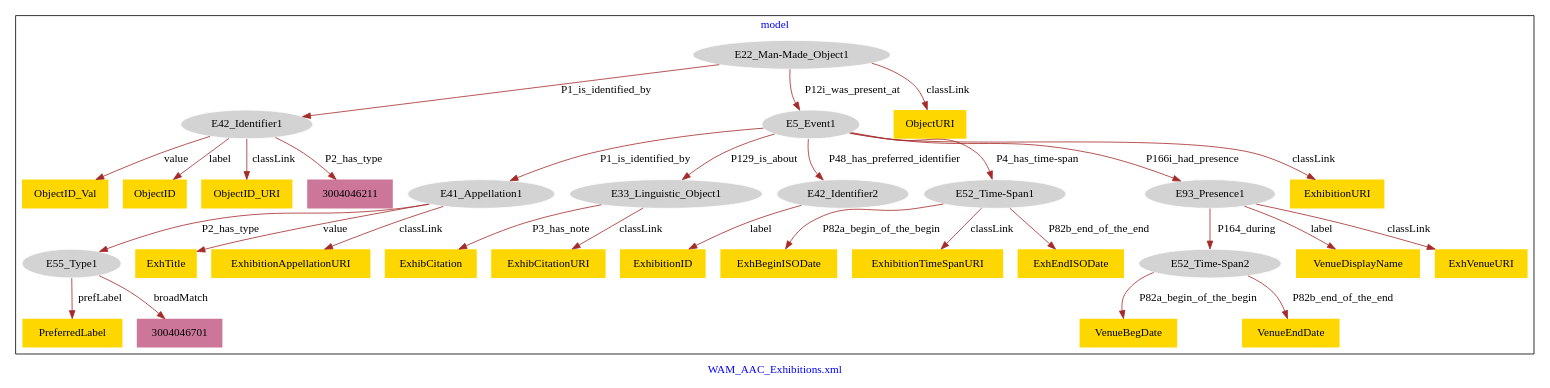
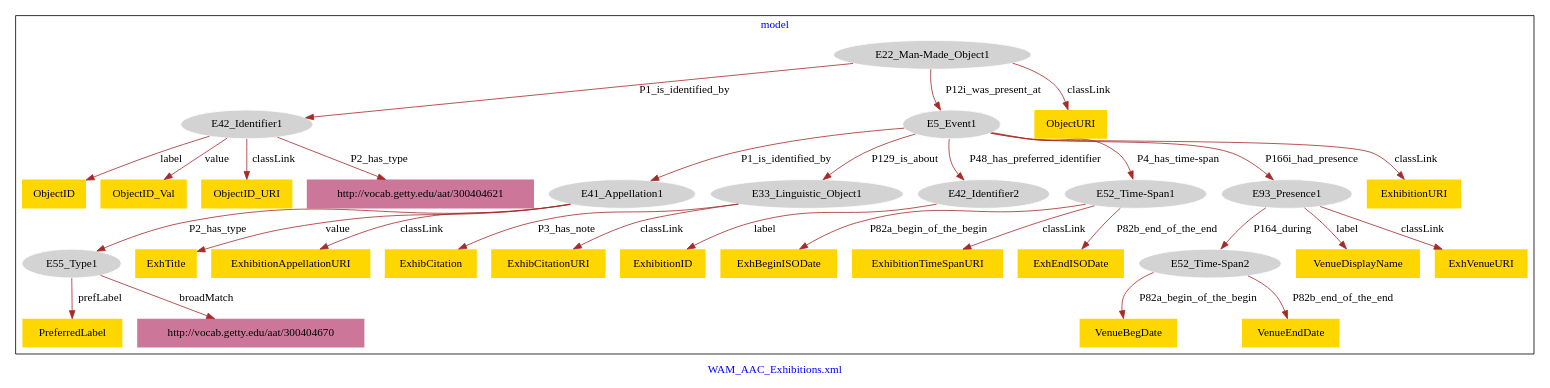
Before and after one commit to american-art/wam: the diagram in WAM_AAC_Exhibitions/WAM_AAC_Exhibitions-model.dot, drawn with Graphviz.

Commit message:
Update file WAM_AAC_Exhibitions-model.dot

```diff
--- a/WAM_AAC_Exhibitions/WAM_AAC_Exhibitions-model.dot
+++ b/WAM_AAC_Exhibitions/WAM_AAC_Exhibitions-model.dot
@@ -1,67 +1,67 @@
 digraph n0 {
 fontcolor="blue"
 remincross="true"
 label="WAM_AAC_Exhibitions.xml"
 subgraph cluster {
 label="model"
 n2[style="filled",color="white",fillcolor="lightgray",label="E22_Man-Made_Object1"];
 n3[style="filled",color="white",fillcolor="lightgray",label="E42_Identifier1"];
 n4[style="filled",color="white",fillcolor="lightgray",label="E5_Event1"];
 n5[style="filled",color="white",fillcolor="lightgray",label="E41_Appellation1"];
 n6[style="filled",color="white",fillcolor="lightgray",label="E55_Type1"];
 n7[style="filled",color="white",fillcolor="lightgray",label="E33_Linguistic_Object1"];
 n8[style="filled",color="white",fillcolor="lightgray",label="E42_Identifier2"];
 n9[style="filled",color="white",fillcolor="lightgray",label="E52_Time-Span1"];
 n10[style="filled",color="white",fillcolor="lightgray",label="E93_Presence1"];
 n11[style="filled",color="white",fillcolor="lightgray",label="E52_Time-Span2"];
 n12[shape="plaintext",style="filled",fillcolor="gold",label="ExhTitle"];
-n13[shape="plaintext",style="filled",fillcolor="gold",label="ObjectID_Val"];
-n14[shape="plaintext",style="filled",fillcolor="gold",label="ObjectID"];
+n13[shape="plaintext",style="filled",fillcolor="gold",label="ObjectID"];
+n14[shape="plaintext",style="filled",fillcolor="gold",label="ObjectID_Val"];
 n15[shape="plaintext",style="filled",fillcolor="gold",label="ExhBeginISODate"];
-n16[shape="plaintext",style="filled",fillcolor="gold",label="ObjectURI"];
-n17[shape="plaintext",style="filled",fillcolor="gold",label="ExhibitionURI"];
-n18[shape="plaintext",style="filled",fillcolor="gold",label="VenueBegDate"];
-n19[shape="plaintext",style="filled",fillcolor="gold",label="VenueDisplayName"];
-n20[shape="plaintext",style="filled",fillcolor="gold",label="VenueEndDate"];
-n21[shape="plaintext",style="filled",fillcolor="gold",label="ExhibitionID"];
-n22[shape="plaintext",style="filled",fillcolor="gold",label="ExhibitionTimeSpanURI"];
-n23[shape="plaintext",style="filled",fillcolor="gold",label="ExhVenueURI"];
-n24[shape="plaintext",style="filled",fillcolor="gold",label="ObjectID_URI"];
-n25[shape="plaintext",style="filled",fillcolor="gold",label="ExhibCitation"];
-n26[shape="plaintext",style="filled",fillcolor="gold",label="PreferredLabel"];
+n16[shape="plaintext",style="filled",fillcolor="gold",label="VenueBegDate"];
+n17[shape="plaintext",style="filled",fillcolor="gold",label="VenueDisplayName"];
+n18[shape="plaintext",style="filled",fillcolor="gold",label="VenueEndDate"];
+n19[shape="plaintext",style="filled",fillcolor="gold",label="ExhibitionID"];
+n20[shape="plaintext",style="filled",fillcolor="gold",label="ObjectID_URI"];
+n21[shape="plaintext",style="filled",fillcolor="gold",label="ObjectURI"];
+n22[shape="plaintext",style="filled",fillcolor="gold",label="ExhibCitation"];
+n23[shape="plaintext",style="filled",fillcolor="gold",label="PreferredLabel"];
+n24[shape="plaintext",style="filled",fillcolor="gold",label="ExhibCitationURI"];
+n25[shape="plaintext",style="filled",fillcolor="gold",label="ExhibitionTimeSpanURI"];
+n26[shape="plaintext",style="filled",fillcolor="gold",label="ExhibitionURI"];
 n27[shape="plaintext",style="filled",fillcolor="gold",label="ExhibitionAppellationURI"];
-n28[shape="plaintext",style="filled",fillcolor="gold",label="ExhibCitationURI"];
+n28[shape="plaintext",style="filled",fillcolor="gold",label="ExhVenueURI"];
 n29[shape="plaintext",style="filled",fillcolor="gold",label="ExhEndISODate"];
-n30[shape="plaintext",style="filled",fillcolor="#CC7799",label="3004046211"];
-n31[shape="plaintext",style="filled",fillcolor="#CC7799",label="3004046701"];
+n30[shape="plaintext",style="filled",fillcolor="#CC7799",label="http://vocab.getty.edu/aat/300404621"];
+n31[shape="plaintext",style="filled",fillcolor="#CC7799",label="http://vocab.getty.edu/aat/300404670"];
 }
 n2 -> n3[color="brown",fontcolor="black",label="P1_is_identified_by"]
 n2 -> n4[color="brown",fontcolor="black",label="P12i_was_present_at"]
 n5 -> n6[color="brown",fontcolor="black",label="P2_has_type"]
 n4 -> n7[color="brown",fontcolor="black",label="P129_is_about"]
 n4 -> n5[color="brown",fontcolor="black",label="P1_is_identified_by"]
 n4 -> n8[color="brown",fontcolor="black",label="P48_has_preferred_identifier"]
 n4 -> n9[color="brown",fontcolor="black",label="P4_has_time-span"]
 n4 -> n10[color="brown",fontcolor="black",label="P166i_had_presence"]
 n10 -> n11[color="brown",fontcolor="black",label="P164_during"]
 n5 -> n12[color="brown",fontcolor="black",label="value"]
-n3 -> n13[color="brown",fontcolor="black",label="value"]
-n3 -> n14[color="brown",fontcolor="black",label="label"]
+n3 -> n13[color="brown",fontcolor="black",label="label"]
+n3 -> n14[color="brown",fontcolor="black",label="value"]
 n9 -> n15[color="brown",fontcolor="black",label="P82a_begin_of_the_begin"]
-n2 -> n16[color="brown",fontcolor="black",label="classLink"]
-n4 -> n17[color="brown",fontcolor="black",label="classLink"]
-n11 -> n18[color="brown",fontcolor="black",label="P82a_begin_of_the_begin"]
-n10 -> n19[color="brown",fontcolor="black",label="label"]
-n11 -> n20[color="brown",fontcolor="black",label="P82b_end_of_the_end"]
-n8 -> n21[color="brown",fontcolor="black",label="label"]
-n9 -> n22[color="brown",fontcolor="black",label="classLink"]
-n10 -> n23[color="brown",fontcolor="black",label="classLink"]
-n3 -> n24[color="brown",fontcolor="black",label="classLink"]
-n7 -> n25[color="brown",fontcolor="black",label="P3_has_note"]
-n6 -> n26[color="brown",fontcolor="black",label="prefLabel"]
+n11 -> n16[color="brown",fontcolor="black",label="P82a_begin_of_the_begin"]
+n10 -> n17[color="brown",fontcolor="black",label="label"]
+n11 -> n18[color="brown",fontcolor="black",label="P82b_end_of_the_end"]
+n8 -> n19[color="brown",fontcolor="black",label="label"]
+n3 -> n20[color="brown",fontcolor="black",label="classLink"]
+n2 -> n21[color="brown",fontcolor="black",label="classLink"]
+n7 -> n22[color="brown",fontcolor="black",label="P3_has_note"]
+n6 -> n23[color="brown",fontcolor="black",label="prefLabel"]
+n7 -> n24[color="brown",fontcolor="black",label="classLink"]
+n9 -> n25[color="brown",fontcolor="black",label="classLink"]
+n4 -> n26[color="brown",fontcolor="black",label="classLink"]
 n5 -> n27[color="brown",fontcolor="black",label="classLink"]
-n7 -> n28[color="brown",fontcolor="black",label="classLink"]
+n10 -> n28[color="brown",fontcolor="black",label="classLink"]
 n9 -> n29[color="brown",fontcolor="black",label="P82b_end_of_the_end"]
 n3 -> n30[color="brown",fontcolor="black",label="P2_has_type"]
 n6 -> n31[color="brown",fontcolor="black",label="broadMatch"]
 }
```
